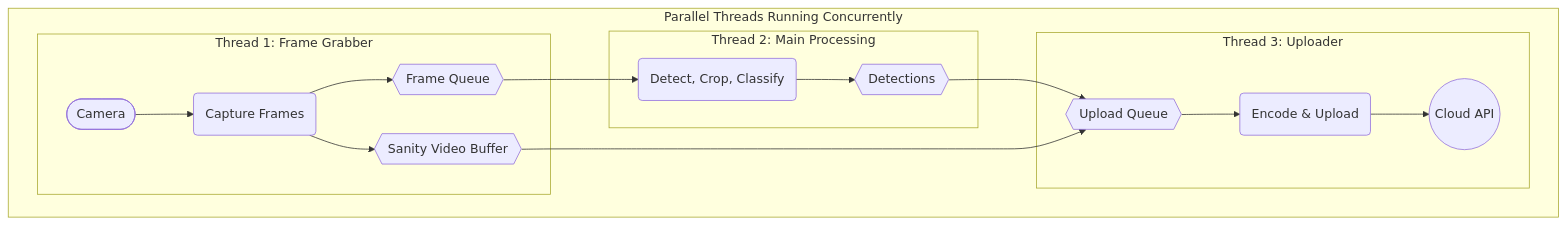
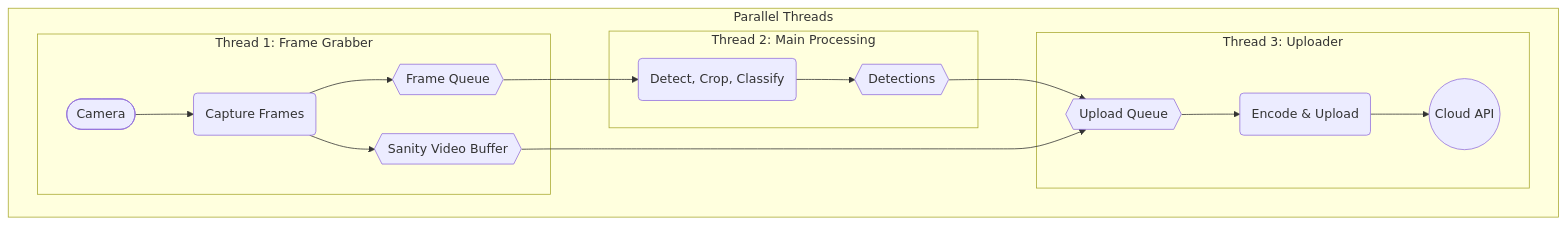
Before and after one commit to orlandocloss/twostage-hailo-inference: the diagram in README.md, drawn with Mermaid.

Commit message:
parallel threads

````diff
--- a/README.md
+++ b/README.md
@@ -45,25 +45,25 @@
 ```mermaid
 graph TD
-    subgraph "Parallel Threads Running Concurrently"
+    subgraph "Parallel Threads"
         subgraph "Thread 1: Frame Grabber"
             Cam([Camera]) --> T1(Capture Frames)
             T1 --> FQ{{Frame Queue}}
             T1 --> SVB{{Sanity Video Buffer}}
         end
 
         subgraph "Thread 2: Main Processing"
             T2("Detect, Crop, Classify")
             FQ --> T2
             T2 --> DB{{Detections}}
         end
         
         subgraph "Thread 3: Uploader"
             T3(Encode & Upload)
             UQ{{Upload Queue}} --> T3
             T3 --> Cloud((Cloud API))
         end
     end
 
     DB --> UQ
     SVB --> UQ
 ```
````
